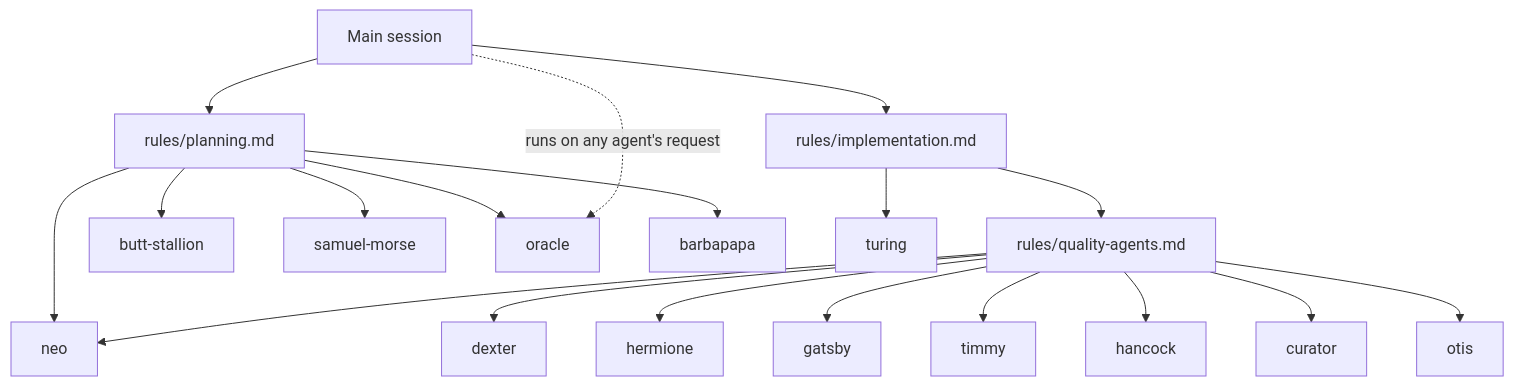
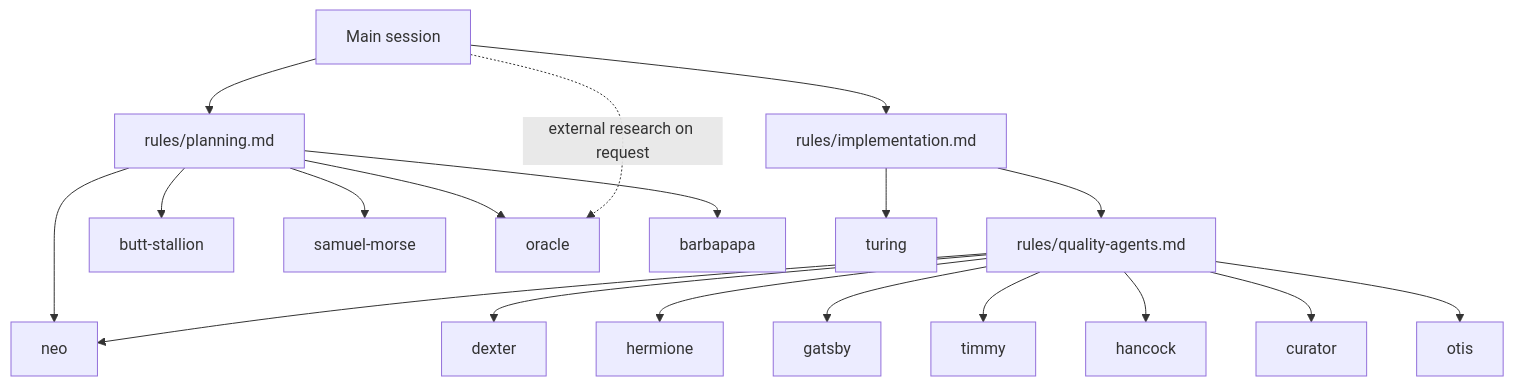
One commit to ThibaultAuge/myAgents changed the first of 2 diagrams in README.md. Above: the diagram before and after it, drawn with Mermaid. The commit also changed other lines of this file, not shown here.

````diff
--- a/README.md
+++ b/README.md
@@ -15,43 +62,43 @@
 ```mermaid
 flowchart TD
     Session[Main session]
     Planning[rules/planning.md]
     Implementation[rules/implementation.md]
     Quality[rules/quality-agents.md]
 
     Butt[butt-stallion]
     Samuel[samuel-morse]
     Oracle[oracle]
     Barbapapa[barbapapa]
     Neo[neo]
     Dexter[dexter]
     Hermione[hermione]
     Gatsby[gatsby]
     Timmy[timmy]
     Hancock[hancock]
     Curator[curator]
     Otis[otis]
     Turing[turing]
 
     Session --> Planning
     Session --> Implementation
     Implementation --> Quality
 
     Planning --> Butt
     Planning --> Samuel
     Planning --> Neo
     Planning --> Oracle
     Planning --> Barbapapa
 
     Quality --> Dexter
     Quality --> Hermione
     Quality --> Gatsby
     Quality --> Timmy
     Quality --> Neo
     Quality --> Hancock
     Quality --> Curator
     Quality --> Otis
 
     Implementation --> Turing
-    Session -. runs on any agent's request .-> Oracle
+    Session -. external research on request .-> Oracle
 ```
````
